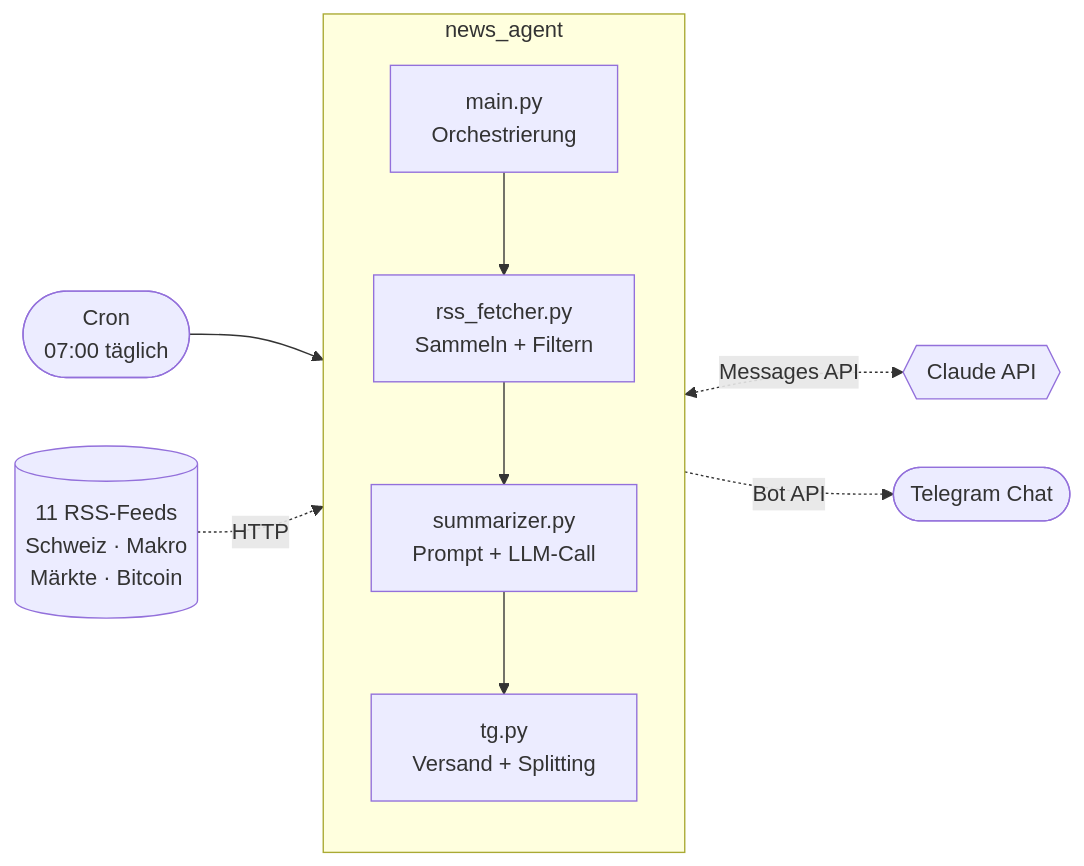
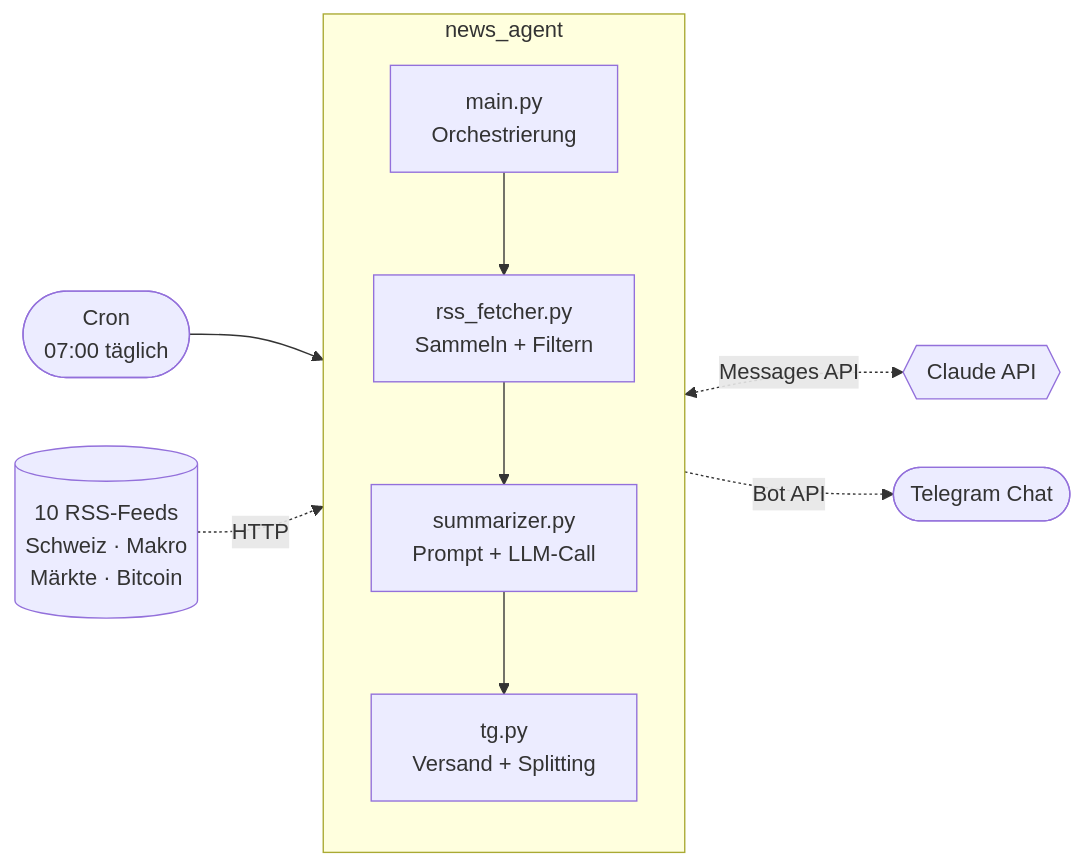
Before and after one commit to claudiokoller/news-agent: the diagram in docs/architecture.md, drawn with Mermaid. The commit also changed other lines of this file and 6 other files, not shown here.

````diff
--- a/docs/architecture.md
+++ b/docs/architecture.md
@@ -9,18 +9,18 @@
 ```mermaid
 flowchart LR
     CRON([Cron<br/>07:00 täglich]) --> MAIN
 
     subgraph AGENT [news_agent]
         direction TB
         MAIN[main.py<br/>Orchestrierung]
         RSS[rss_fetcher.py<br/>Sammeln + Filtern]
         SUM[summarizer.py<br/>Prompt + LLM-Call]
         TG[tg.py<br/>Versand + Splitting]
 
         MAIN --> RSS --> SUM --> TG
     end
 
-    FEEDS[(11 RSS-Feeds<br/>Schweiz · Makro<br/>Märkte · Bitcoin)] -.->|HTTP| RSS
+    FEEDS[(10 RSS-Feeds<br/>Schweiz · Makro<br/>Märkte · Bitcoin)] -.->|HTTP| RSS
     SUM <-.->|Messages API| CLAUDE{{Claude API}}
     TG -.->|Bot API| USER([Telegram Chat])
 ```
````
